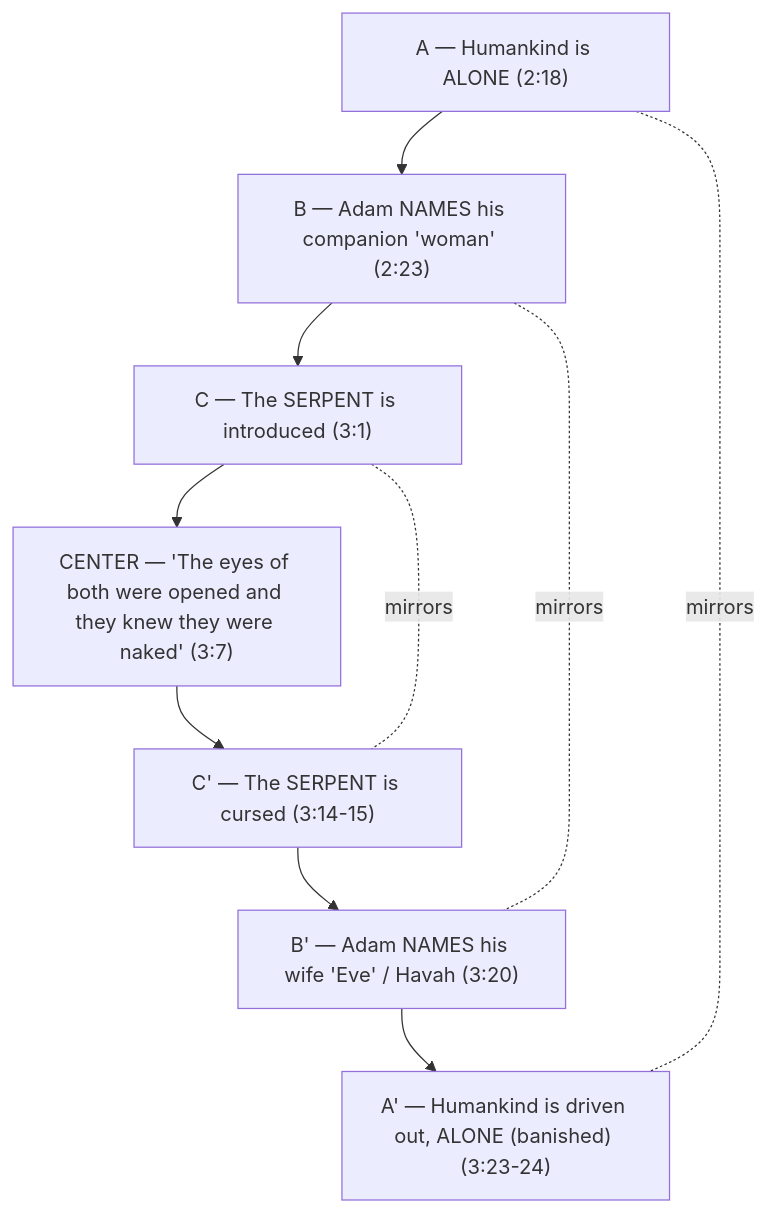
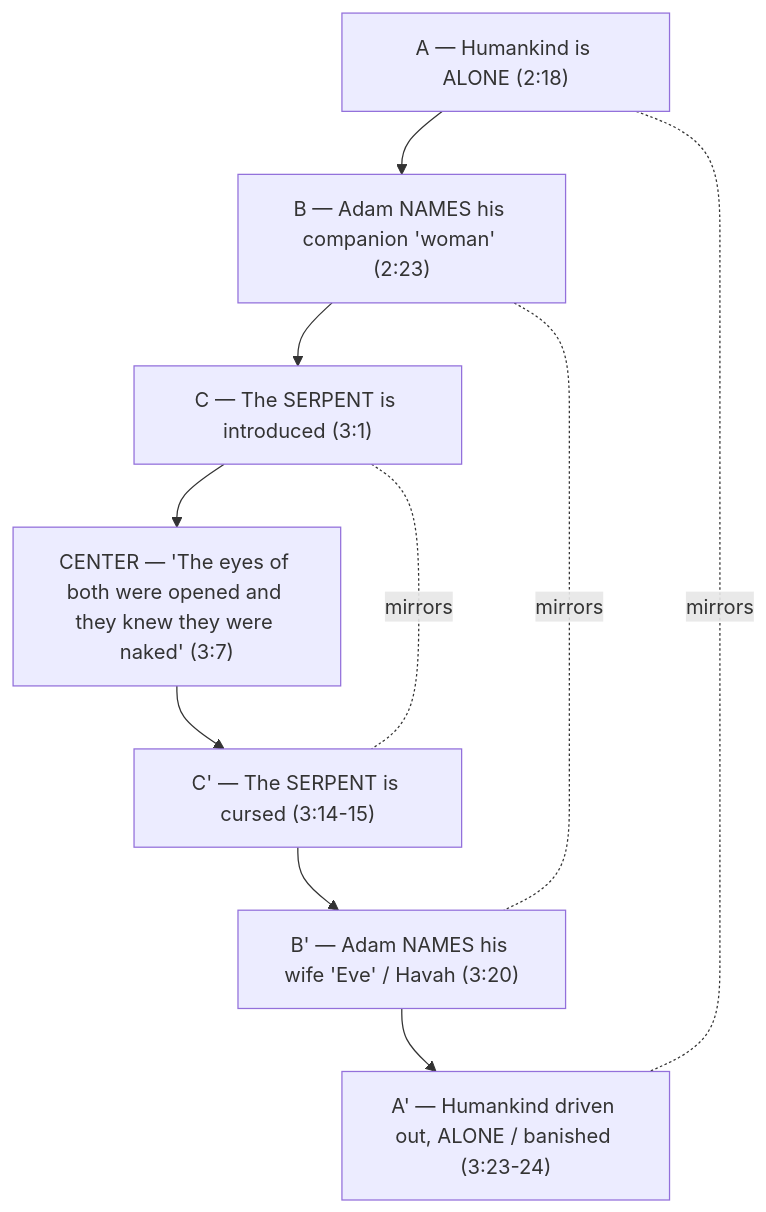
The diagram in study-guides/1-2-knowing-when-to-say-enough.md (rmaloneycvg/bema), drawn with Mermaid before and after one commit. The commit also changed other lines of this file and 35 other files, not shown here.

````diff
--- a/study-guides/1-2-knowing-when-to-say-enough.md
+++ b/study-guides/1-2-knowing-when-to-say-enough.md
@@ -69,16 +85,16 @@
 ```mermaid
 flowchart TB
     A1["A — Humankind is ALONE (2:18)"]
     B1["B — Adam NAMES his companion 'woman' (2:23)"]
     C1["C — The SERPENT is introduced (3:1)"]
     D["CENTER — 'The eyes of both were opened and they knew they were naked' (3:7)"]
     C2["C' — The SERPENT is cursed (3:14-15)"]
     B2["B' — Adam NAMES his wife 'Eve' / Havah (3:20)"]
-    A2["A' — Humankind is driven out, ALONE (banished) (3:23-24)"]
+    A2["A' — Humankind driven out, ALONE / banished (3:23-24)"]
 
     A1 --> B1 --> C1 --> D --> C2 --> B2 --> A2
 
     A1 -.mirrors.- A2
     B1 -.mirrors.- B2
     C1 -.mirrors.- C2
 ```
````
